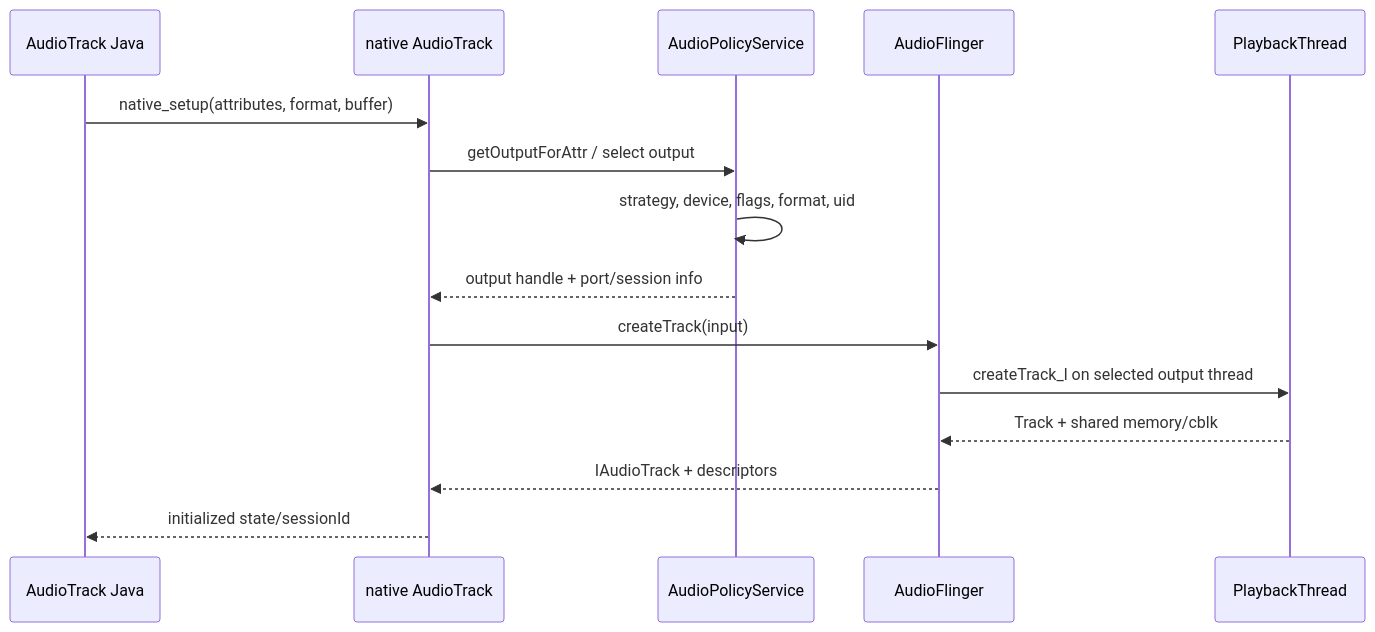
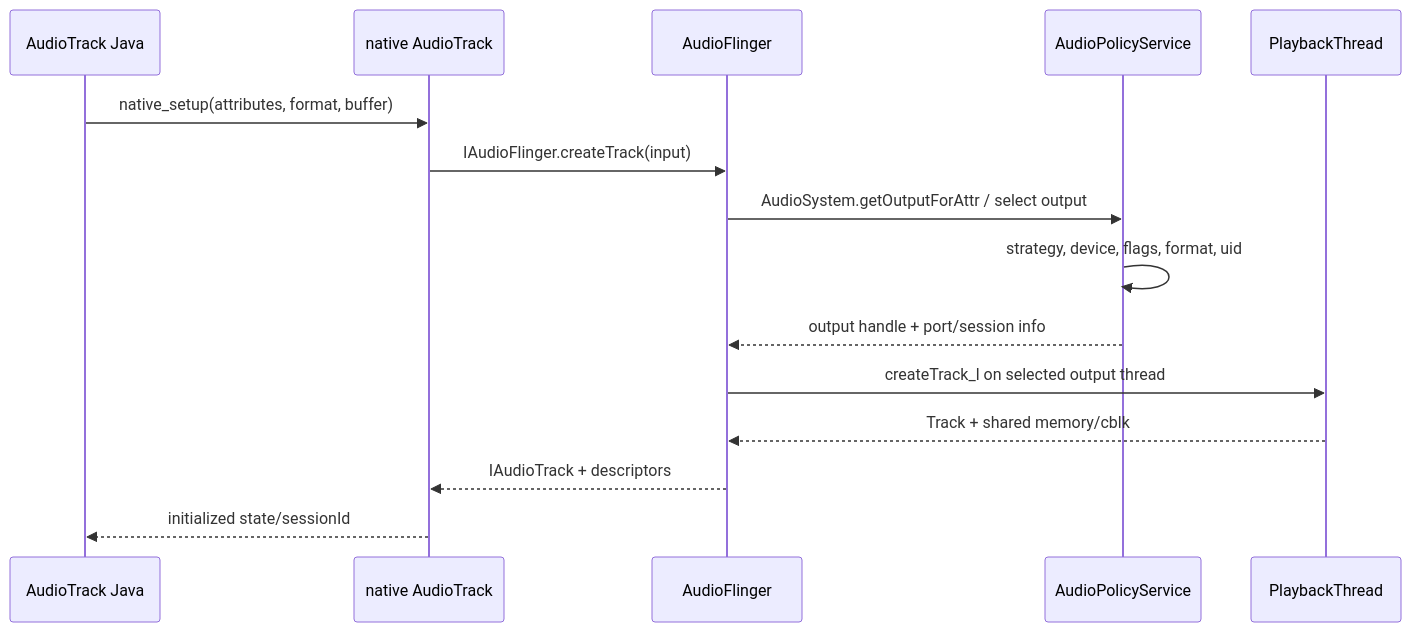
One commit to junyingzhao001/StudyNotes changed the second of 3 diagrams in Android源码学习/28-Android音频系统AudioFlinger与AudioPolicy.md. Above: the diagram before and after it, drawn with Mermaid. The commit also changed other lines of this file and 617 other files, not shown here.

````diff
--- a/Android源码学习/28-Android音频系统AudioFlinger与AudioPolicy.md
+++ b/Android源码学习/28-Android音频系统AudioFlinger与AudioPolicy.md
@@ -184,18 +184,18 @@
 ```mermaid
 sequenceDiagram
     participant J as AudioTrack Java
     participant N as native AudioTrack
+    participant AF as AudioFlinger
     participant AP as AudioPolicyService
-    participant AF as AudioFlinger
     participant T as PlaybackThread
 
     J->>N: native_setup(attributes, format, buffer)
-    N->>AP: getOutputForAttr / select output
+    N->>AF: IAudioFlinger.createTrack(input)
+    AF->>AP: AudioSystem.getOutputForAttr / select output
     AP->>AP: strategy, device, flags, format, uid
-    AP-->>N: output handle + port/session info
-    N->>AF: createTrack(input)
+    AP-->>AF: output handle + port/session info
     AF->>T: createTrack_l on selected output thread
     T-->>AF: Track + shared memory/cblk
     AF-->>N: IAudioTrack + descriptors
     N-->>J: initialized state/sessionId
 ```
````
